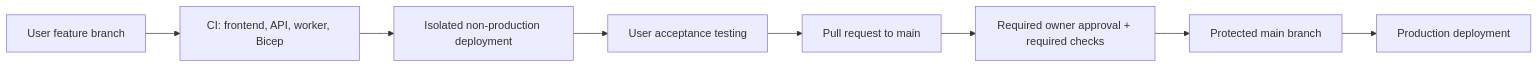
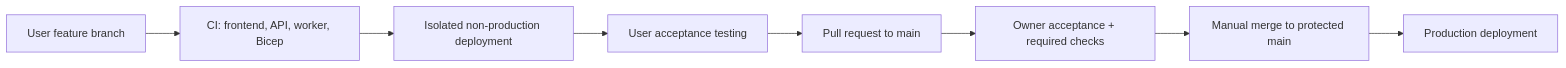
One commit to shivangsoni/resume_tool changed the diagram in README.md. Above: the diagram before and after it, drawn with Mermaid. The commit also changed other lines of this file, not shown here.

Commit message:
Document single-owner PR promotion

````diff
--- a/README.md
+++ b/README.md
@@ -49,10 +49,10 @@
 ```mermaid
 flowchart LR
     Feature[User feature branch] --> CI[CI: frontend, API, worker, Bicep]
     CI --> NonProd[Isolated non-production deployment]
     NonProd --> Test[User acceptance testing]
     Test --> PR[Pull request to main]
-    PR --> Approval[Required owner approval + required checks]
-    Approval --> Main[Protected main branch]
+    PR --> Approval[Owner acceptance + required checks]
+    Approval --> Main[Manual merge to protected main]
     Main --> Production[Production deployment]
 ```
````
